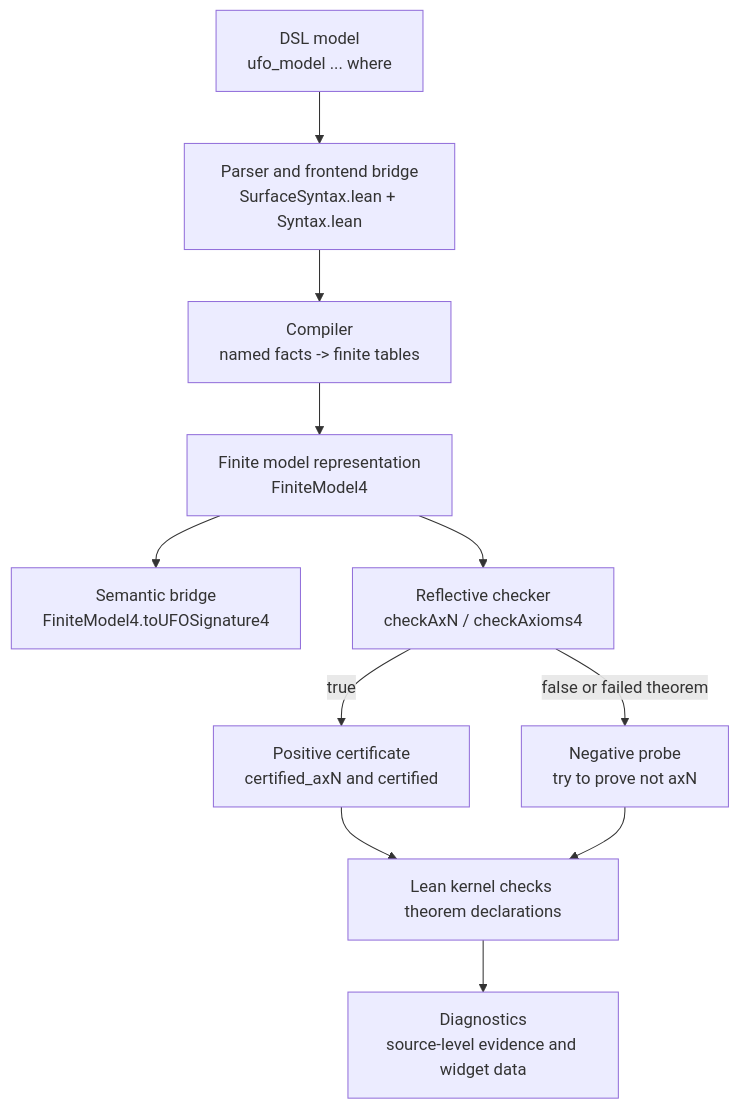
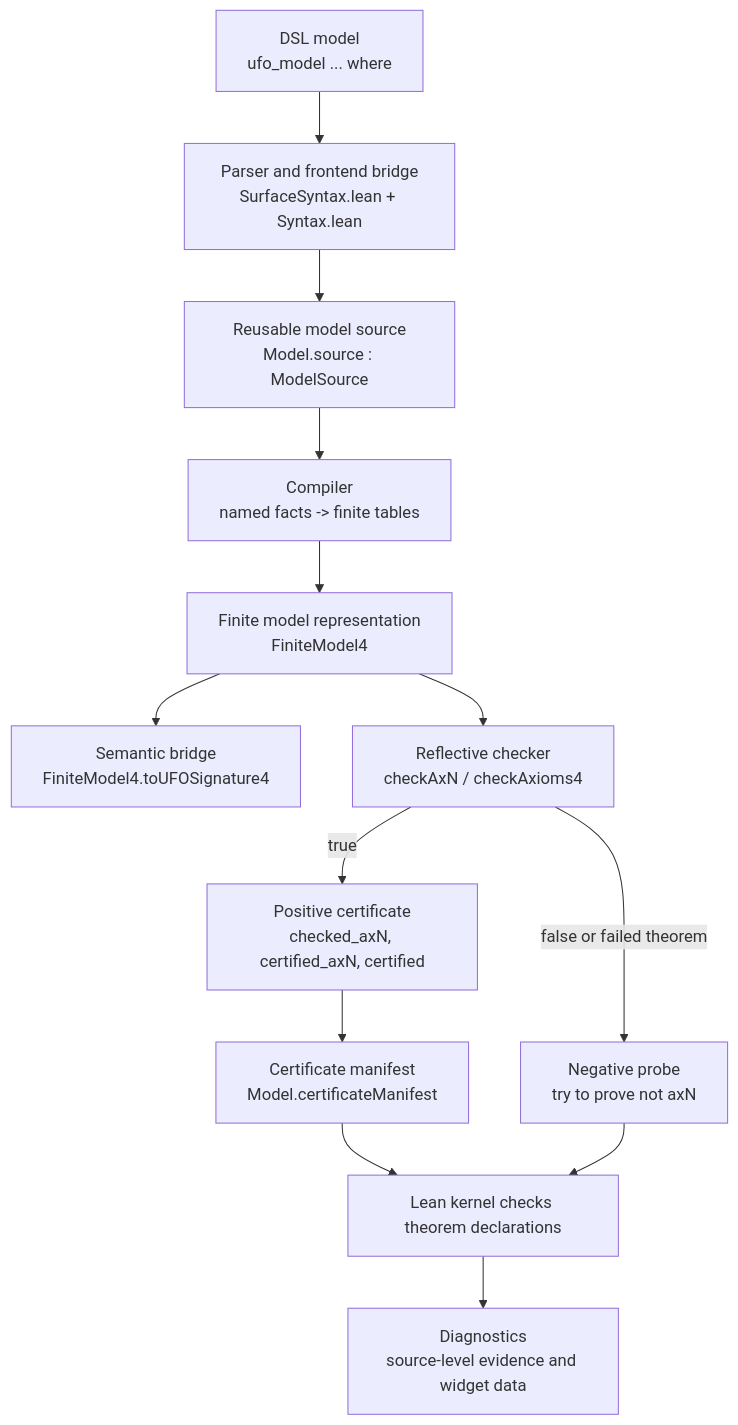
One commit to smnicoletti/lean-ufo changed the first of 4 diagrams in docs/dsl/architecture.md. Above: the diagram before and after it, drawn with Mermaid. The commit also changed other lines of this file and 44 other files, not shown here.

````diff
--- a/docs/dsl/architecture.md
+++ b/docs/dsl/architecture.md
@@ -20,15 +20,17 @@
 ```mermaid
 flowchart TD
   A["DSL model<br/>ufo_model ... where"] --> B["Parser and frontend bridge<br/>SurfaceSyntax.lean + Syntax.lean"]
-  B --> C["Compiler<br/>named facts -> finite tables"]
+  B --> S["Reusable model source<br/>Model.source : ModelSource"]
+  S --> C["Compiler<br/>named facts -> finite tables"]
   C --> D["Finite model representation<br/>FiniteModel4"]
   D --> E["Semantic bridge<br/>FiniteModel4.toUFOSignature4"]
   D --> F["Reflective checker<br/>checkAxN / checkAxioms4"]
 
-  F -->|true| G["Positive certificate<br/>certified_axN and certified"]
+  F -->|true| G["Positive certificate<br/>checked_axN, certified_axN, certified"]
   F -->|false or failed theorem| H["Negative probe<br/>try to prove not axN"]
 
-  G --> I["Lean kernel checks theorem declarations"]
+  G --> M["Certificate manifest<br/>Model.certificateManifest"]
+  M --> I["Lean kernel checks theorem declarations"]
   H --> I
   I --> J["Diagnostics<br/>source-level evidence and widget data"]
 ```
````
